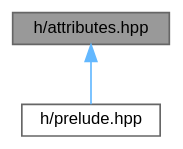
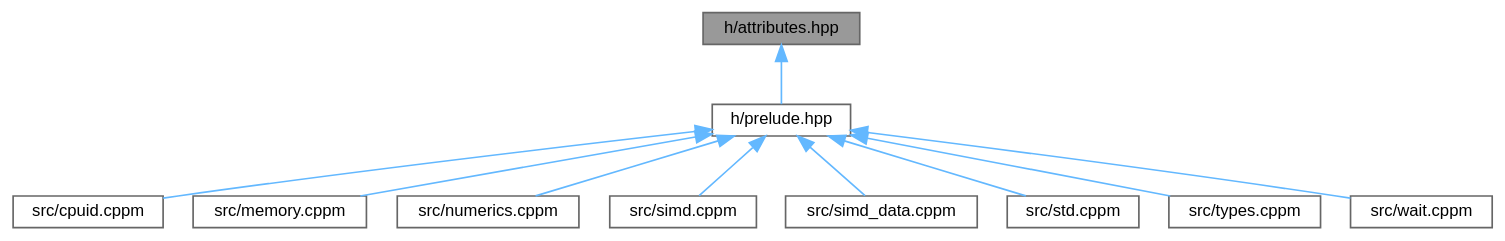
The diagram in d9/d54/attributes_8hpp__dep__incl.dot (ekmett/ein), drawn with Graphviz before and after one commit. The commit also changed 117 other files, not shown here.

```diff
--- a/d9/d54/attributes_8hpp__dep__incl.dot
+++ b/d9/d54/attributes_8hpp__dep__incl.dot
@@ -1,10 +1,26 @@
 digraph "h/attributes.hpp"
 {
  // LATEX_PDF_SIZE
   bgcolor="transparent";
   edge [fontname=Helvetica,fontsize=10,labelfontname=Helvetica,labelfontsize=10];
   node [fontname=Helvetica,fontsize=10,shape=box,height=0.2,width=0.4];
   Node1 [id="Node000001",label="h/attributes.hpp",height=0.2,width=0.4,color="gray40", fillcolor="grey60", style="filled", fontcolor="black",tooltip="defines used to indicate useful attributes for the compiler"];
   Node1 -> Node2 [id="edge1_Node000001_Node000002",dir="back",color="steelblue1",style="solid",tooltip=" "];
   Node2 [id="Node000002",label="h/prelude.hpp",height=0.2,width=0.4,color="grey40", fillcolor="white", style="filled",URL="$de/d13/prelude_8hpp.html",tooltip="precompiled header"];
+  Node2 -> Node3 [id="edge2_Node000002_Node000003",dir="back",color="steelblue1",style="solid",tooltip=" "];
+  Node3 [id="Node000003",label="src/cpuid.cppm",height=0.2,width=0.4,color="grey40", fillcolor="white", style="filled",URL="$d2/d8a/cpuid_8cppm.html",tooltip=" "];
+  Node2 -> Node4 [id="edge3_Node000002_Node000004",dir="back",color="steelblue1",style="solid",tooltip=" "];
+  Node4 [id="Node000004",label="src/memory.cppm",height=0.2,width=0.4,color="grey40", fillcolor="white", style="filled",URL="$d8/d4c/memory_8cppm.html",tooltip=" "];
+  Node2 -> Node5 [id="edge4_Node000002_Node000005",dir="back",color="steelblue1",style="solid",tooltip=" "];
+  Node5 [id="Node000005",label="src/numerics.cppm",height=0.2,width=0.4,color="grey40", fillcolor="white", style="filled",URL="$d5/d65/numerics_8cppm.html",tooltip=" "];
+  Node2 -> Node6 [id="edge5_Node000002_Node000006",dir="back",color="steelblue1",style="solid",tooltip=" "];
+  Node6 [id="Node000006",label="src/simd.cppm",height=0.2,width=0.4,color="grey40", fillcolor="white", style="filled",URL="$da/d01/simd_8cppm.html",tooltip=" "];
+  Node2 -> Node7 [id="edge6_Node000002_Node000007",dir="back",color="steelblue1",style="solid",tooltip=" "];
+  Node7 [id="Node000007",label="src/simd_data.cppm",height=0.2,width=0.4,color="grey40", fillcolor="white", style="filled",URL="$df/d88/simd__data_8cppm.html",tooltip=" "];
+  Node2 -> Node8 [id="edge7_Node000002_Node000008",dir="back",color="steelblue1",style="solid",tooltip=" "];
+  Node8 [id="Node000008",label="src/std.cppm",height=0.2,width=0.4,color="grey40", fillcolor="white", style="filled",URL="$d8/d08/std_8cppm.html",tooltip="polyfill missing standard library functions"];
+  Node2 -> Node9 [id="edge8_Node000002_Node000009",dir="back",color="steelblue1",style="solid",tooltip=" "];
+  Node9 [id="Node000009",label="src/types.cppm",height=0.2,width=0.4,color="grey40", fillcolor="white", style="filled",URL="$d8/dcb/types_8cppm.html",tooltip=" "];
+  Node2 -> Node10 [id="edge9_Node000002_Node000010",dir="back",color="steelblue1",style="solid",tooltip=" "];
+  Node10 [id="Node000010",label="src/wait.cppm",height=0.2,width=0.4,color="grey40", fillcolor="white", style="filled",URL="$d0/def/wait_8cppm.html",tooltip="waiting strategies"];
 }
```
